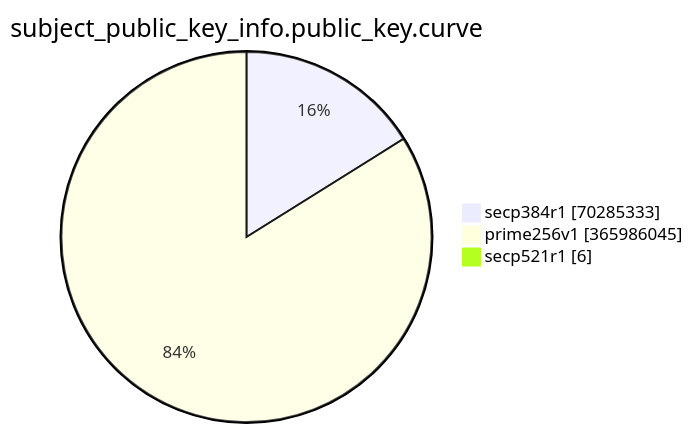
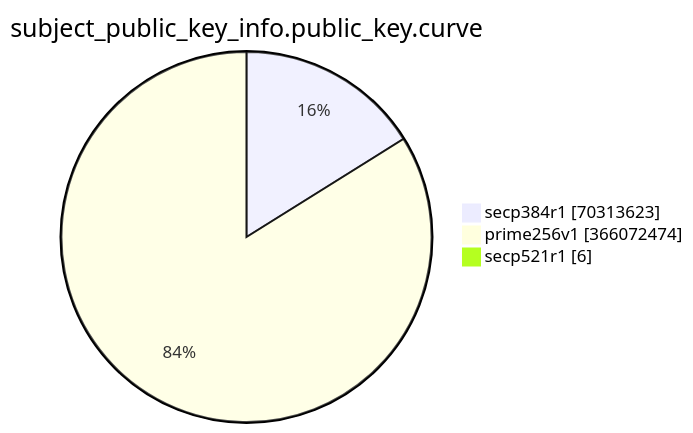
The eighth of 15 diagrams in TOTAL/README.md (christiankrug/ctmonitor_visualization), drawn with Mermaid before and after one commit. The commit also changed other lines of this file, not shown here.

````diff
--- a/TOTAL/README.md
+++ b/TOTAL/README.md
@@ -3093,7 +3093,7 @@
 ```mermaid
 pie showData
 title subject_public_key_info.public_key.curve
-"secp384r1" :70285333
-"prime256v1" :365986045
+"secp384r1" :70313623
+"prime256v1" :366072474
 "secp521r1" :6
 ```
````
